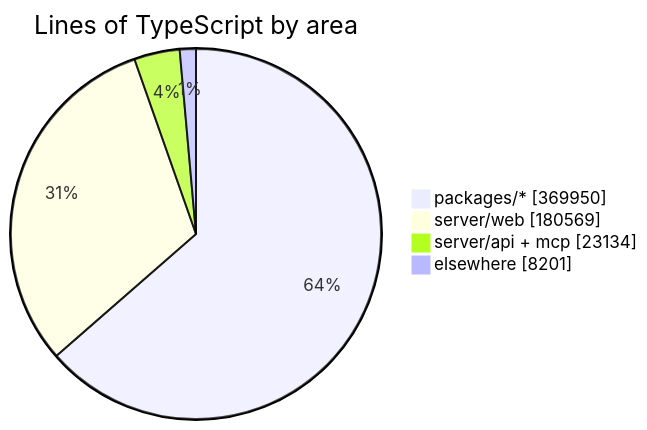
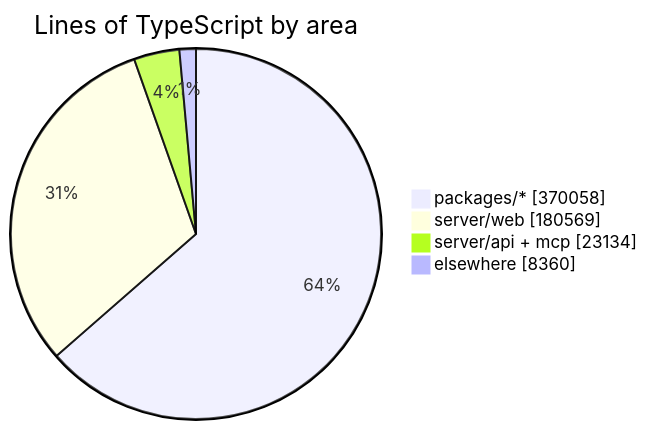
The diagram in README.md (crossworks-engineering/mantle), drawn with Mermaid before and after one commit. The commit also changed other lines of this file and 2 other files, not shown here.

````diff
--- a/README.md
+++ b/README.md
@@ -294,7 +294,7 @@
 ```mermaid
 pie showData title Lines of TypeScript by area
-    "packages/*" : 369950
+    "packages/*" : 370058
     "server/web" : 180569
     "server/api + mcp" : 23134
-    "elsewhere" : 8201
+    "elsewhere" : 8360
 ```
````
